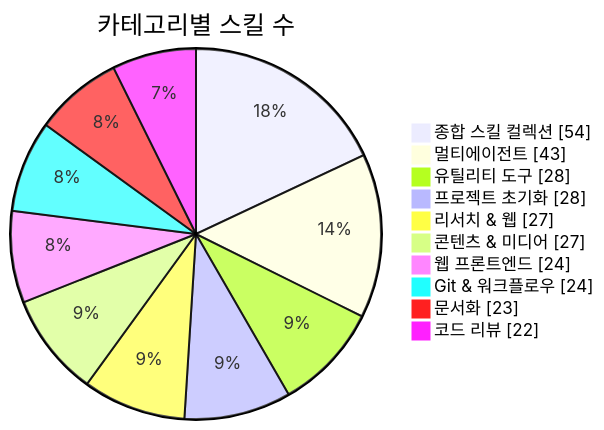
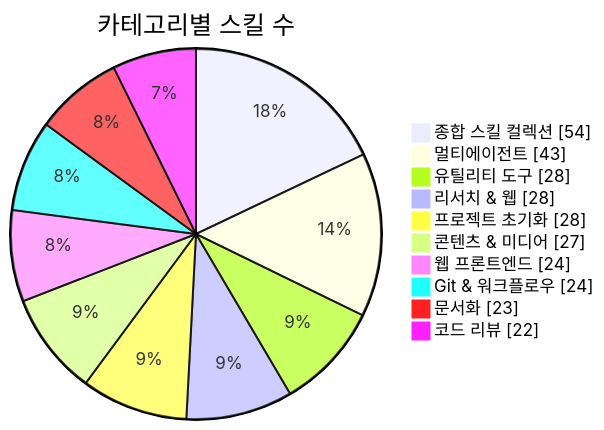
The first of 3 diagrams in README.md (J-nowcow/awesome-korean-agent-skills), drawn with Mermaid before and after one commit. The commit also changed other lines of this file and 28 other files, not shown here.

````diff
--- a/README.md
+++ b/README.md
@@ -176,14 +176,14 @@
 ```mermaid
 pie showData
     title 카테고리별 스킬 수
     "종합 스킬 컬렉션" : 54
     "멀티에이전트" : 43
     "유틸리티 도구" : 28
+    "리서치 & 웹" : 28
     "프로젝트 초기화" : 28
-    "리서치 & 웹" : 27
     "콘텐츠 & 미디어" : 27
     "웹 프론트엔드" : 24
     "Git & 워크플로우" : 24
     "문서화" : 23
     "코드 리뷰" : 22
 ```
````
